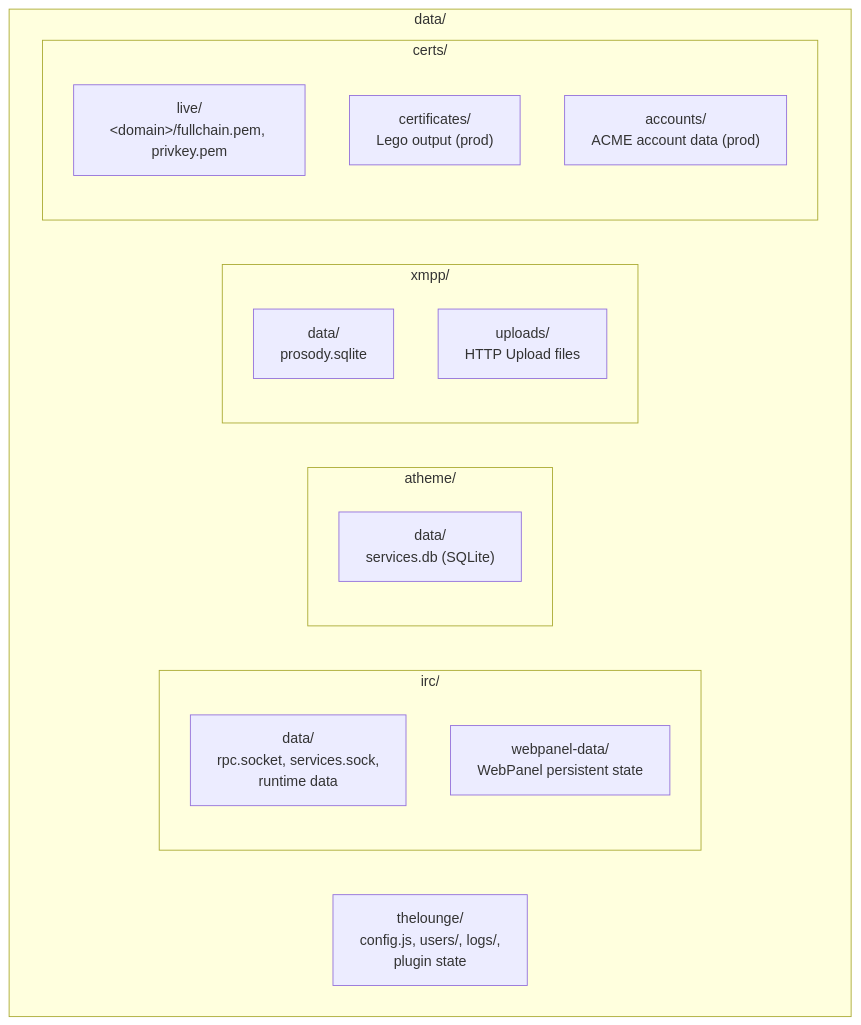
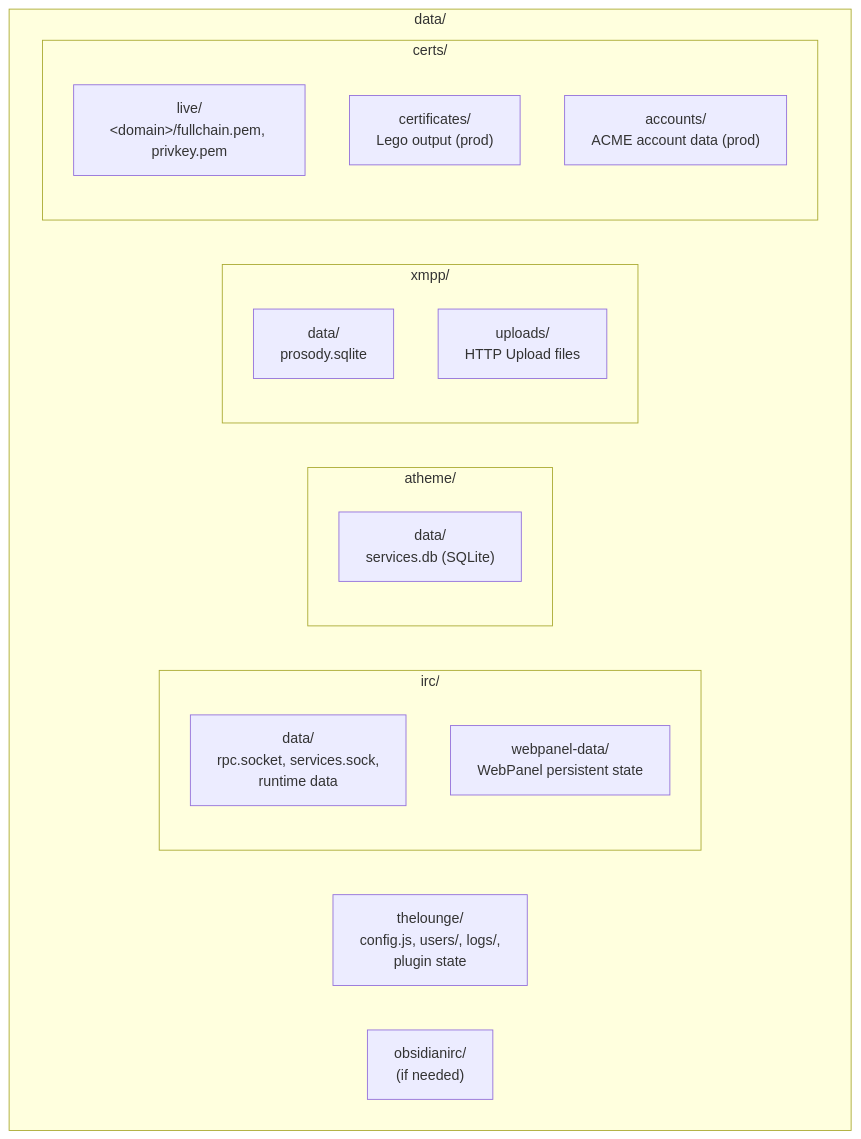
The diagram in apps/docs/content/docs/architecture/data-model.mdx (allthingslinux/atl.chat), drawn with Mermaid before and after one commit. The commit also changed other lines of this file and 20 other files, not shown here.

````diff
--- a/apps/docs/content/docs/architecture/data-model.mdx
+++ b/apps/docs/content/docs/architecture/data-model.mdx
@@ -16,26 +16,28 @@
 ```mermaid
 graph TD
   subgraph data["data/"]
     subgraph irc["irc/"]
       ircData["data/\nrpc.socket, services.sock,\nruntime data"]
       ircWebpanel["webpanel-data/\nWebPanel persistent state"]
     end
 
     subgraph atheme["atheme/"]
       athemeData["data/\nservices.db (SQLite)"]
     end
 
     subgraph xmpp["xmpp/"]
       xmppData["data/\nprosody.sqlite"]
       xmppUploads["uploads/\nHTTP Upload files"]
     end
 
     thelounge["thelounge/\nconfig.js, users/, logs/,\nplugin state"]
 
+    obsidianirc["obsidianirc/\n(if needed)"]
+
     subgraph certs["certs/"]
       certsLive["live/\n&lt;domain&gt;/fullchain.pem, privkey.pem"]
       certsCertificates["certificates/\nLego output (prod)"]
       certsAccounts["accounts/\nACME account data (prod)"]
     end
   end
 ```
````
